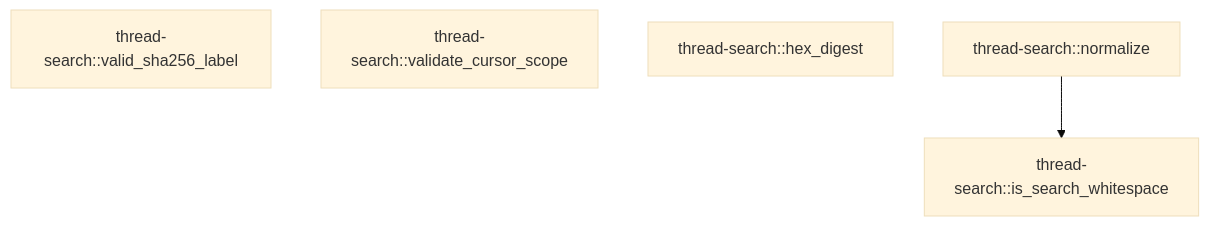
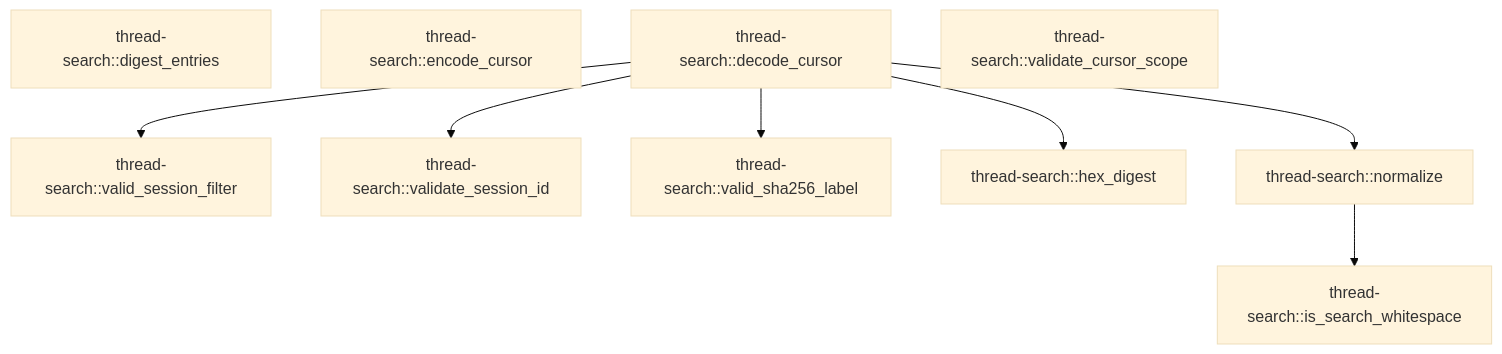
The second of 2 diagrams in crates/thread-search/docs/generated/src--lib.md (TekesApps/TekesKernel), drawn with Mermaid (base theme) before and after one commit. The commit also changed other lines of this file and 61 other files, not shown here.

Commit message:
perf(supervisor,endpoint,thread-search,profile): eliminate idle poll, projection, search, validation overhead and verify journal checksum (#162, #163, #164, #165)

````diff
--- a/crates/thread-search/docs/generated/src--lib.md
+++ b/crates/thread-search/docs/generated/src--lib.md
@@ -170,9 +178,19 @@
 ```mermaid
 flowchart TD
-  n0["thread-search::valid_sha256_label"]
-  n1["thread-search::validate_cursor_scope"]
-  n2["thread-search::hex_digest"]
-  n3["thread-search::normalize"]
-  n4["thread-search::is_search_whitespace"]
-  n3 --> n4
+  n0["thread-search::valid_session_filter"]
+  n1["thread-search::validate_session_id"]
+  n2["thread-search::digest_entries"]
+  n3["thread-search::encode_cursor"]
+  n4["thread-search::decode_cursor"]
+  n5["thread-search::valid_sha256_label"]
+  n6["thread-search::validate_cursor_scope"]
+  n7["thread-search::hex_digest"]
+  n8["thread-search::normalize"]
+  n9["thread-search::is_search_whitespace"]
+  n4 --> n0
+  n4 --> n1
+  n4 --> n5
+  n4 --> n7
+  n4 --> n8
+  n8 --> n9
 ```
````
